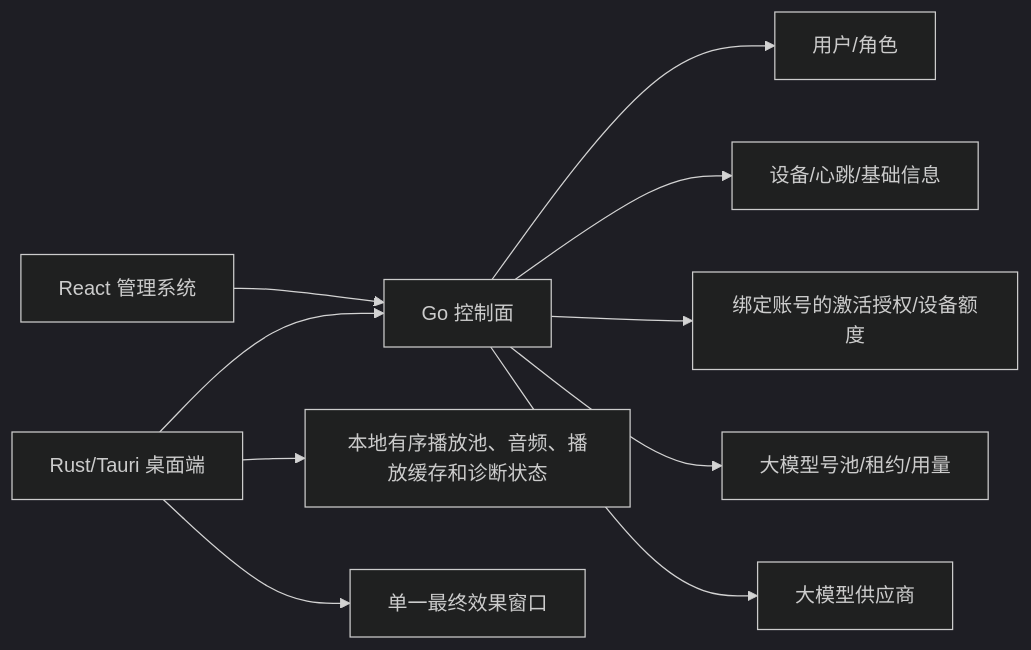
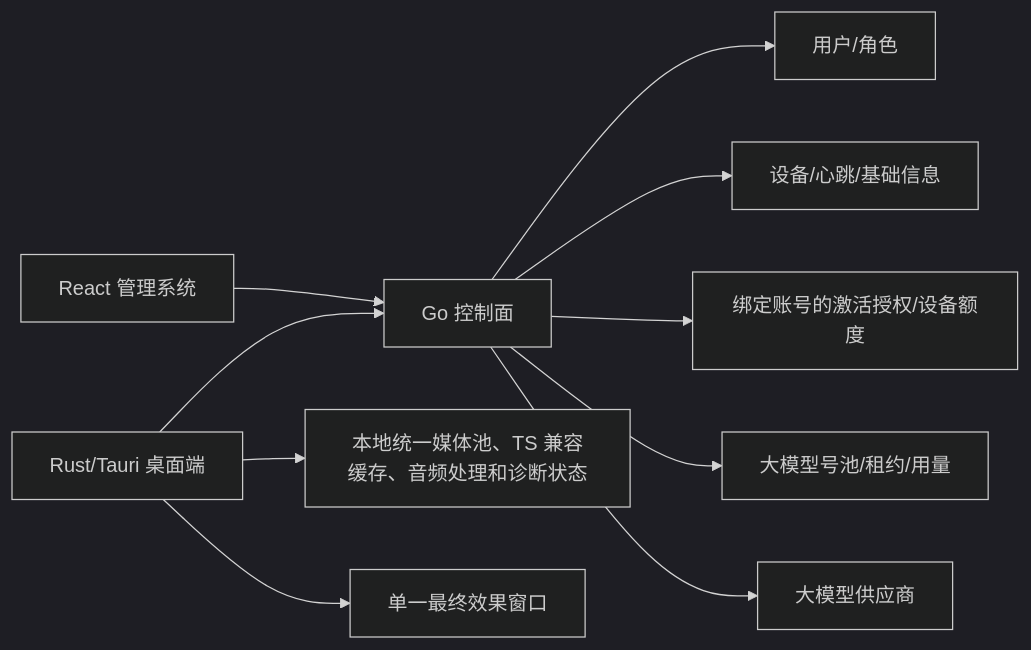
One commit to asd494235908/autolive changed the sixth of 6 diagrams in 桌面端功能流程图.md. Above: the diagram before and after it, drawn with Mermaid (dark theme). The commit also changed other lines of this file and 302 other files, not shown here.

````diff
--- a/桌面端功能流程图.md
+++ b/桌面端功能流程图.md
@@ -158,12 +146,12 @@
 ```mermaid
 flowchart LR
     Admin[React 管理系统] --> Go[Go 控制面]
     Go --> User[用户/角色]
     Go --> Device[设备/心跳/基础信息]
     Go --> Activation[绑定账号的激活授权/设备额度]
     Go --> Pool[大模型号池/租约/用量]
     Desktop[Rust/Tauri 桌面端] --> Go
-    Desktop --> Local[本地有序播放池、音频、播放缓存和诊断状态]
+    Desktop --> Local[本地统一媒体池、TS 兼容缓存、音频处理和诊断状态]
     Desktop --> Popup[单一最终效果窗口]
     Go --> Provider[大模型供应商]
 ```
````
